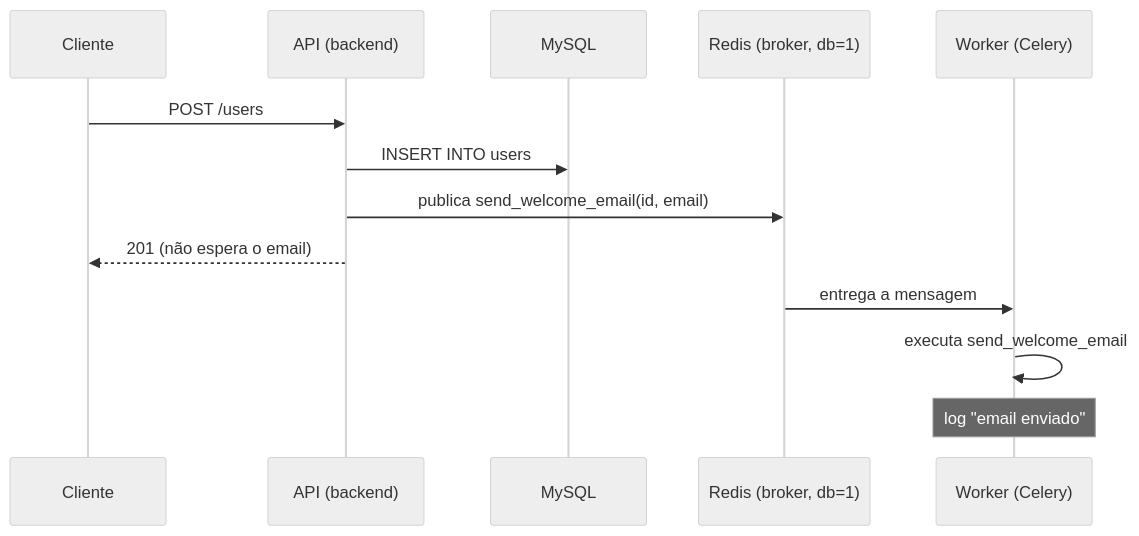
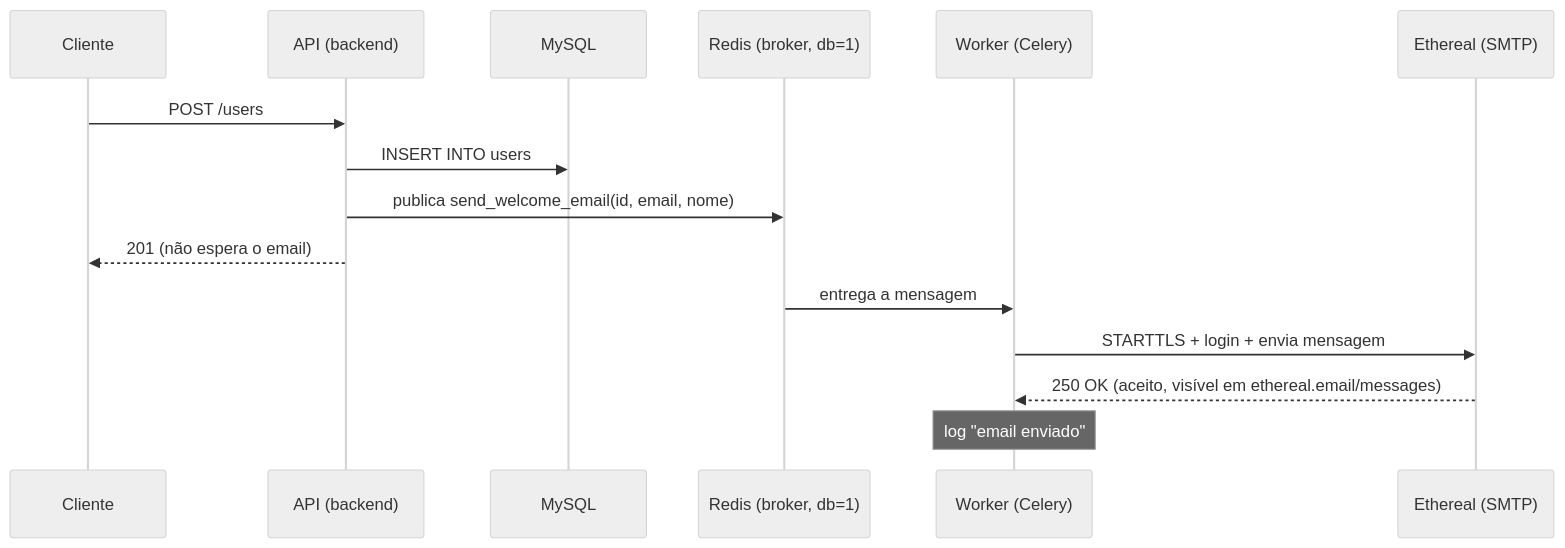
Before and after one commit to jupiterApple/fastapi: the diagram in docs/pdi/03-filas.md, drawn with Mermaid (neutral theme). The commit also changed other lines of this file and 8 other files, not shown here.

First line of the commit message:
feat: envio real de email via SMTP (Ethereal) na task de boas-vindas

````diff
--- a/docs/pdi/03-filas.md
+++ b/docs/pdi/03-filas.md
@@ -32,17 +39,19 @@
 ```mermaid
 sequenceDiagram
     participant C as Cliente
     participant A as API (backend)
     participant M as MySQL
     participant R as Redis (broker, db=1)
     participant W as Worker (Celery)
+    participant E as Ethereal (SMTP)
 
     C->>A: POST /users
     A->>M: INSERT INTO users
-    A->>R: publica send_welcome_email(id, email)
+    A->>R: publica send_welcome_email(id, email, nome)
     A-->>C: 201 (não espera o email)
 
     R->>W: entrega a mensagem
-    W->>W: executa send_welcome_email
+    W->>E: STARTTLS + login + envia mensagem
+    E-->>W: 250 OK (aceito, visível em ethereal.email/messages)
     Note over W: log "email enviado"
 ```
````
